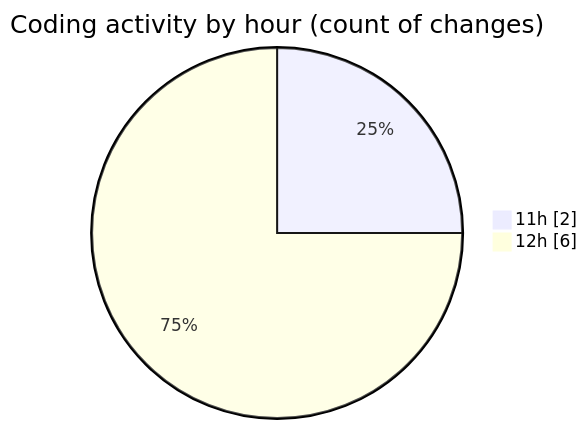
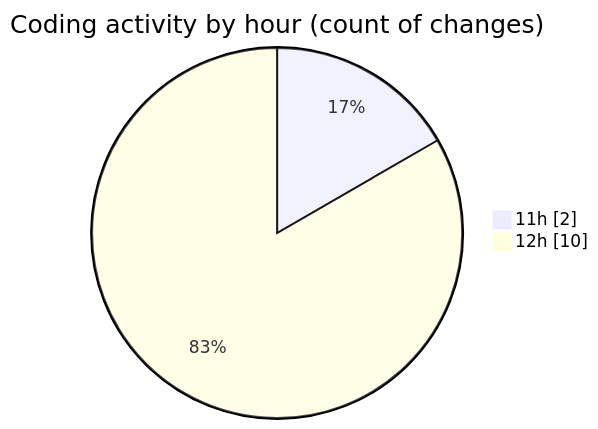
Before and after one commit to idhammustaqopulfikri/code-tracking: the second of 2 diagrams in 2025-10-05/laravel-penyewaan-lapangan-futsal/README.md, drawn with Mermaid. The commit also changed other lines of this file and 1 other file, not shown here.

````diff
--- a/2025-10-05/laravel-penyewaan-lapangan-futsal/README.md
+++ b/2025-10-05/laravel-penyewaan-lapangan-futsal/README.md
@@ -32,6 +34,6 @@
 ```mermaid
 pie showData
 title Coding activity by hour (count of changes)
 "11h" : 2
-"12h" : 6
+"12h" : 10
 ```
````
